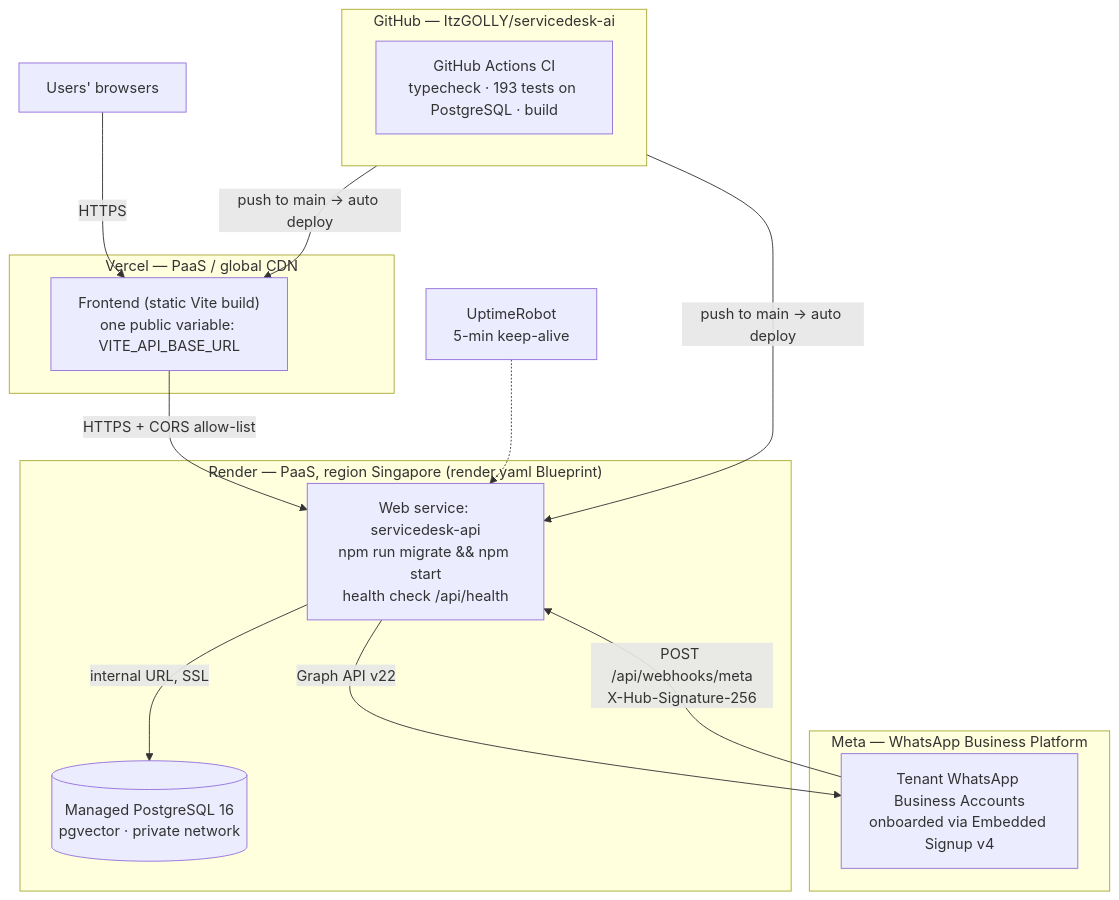
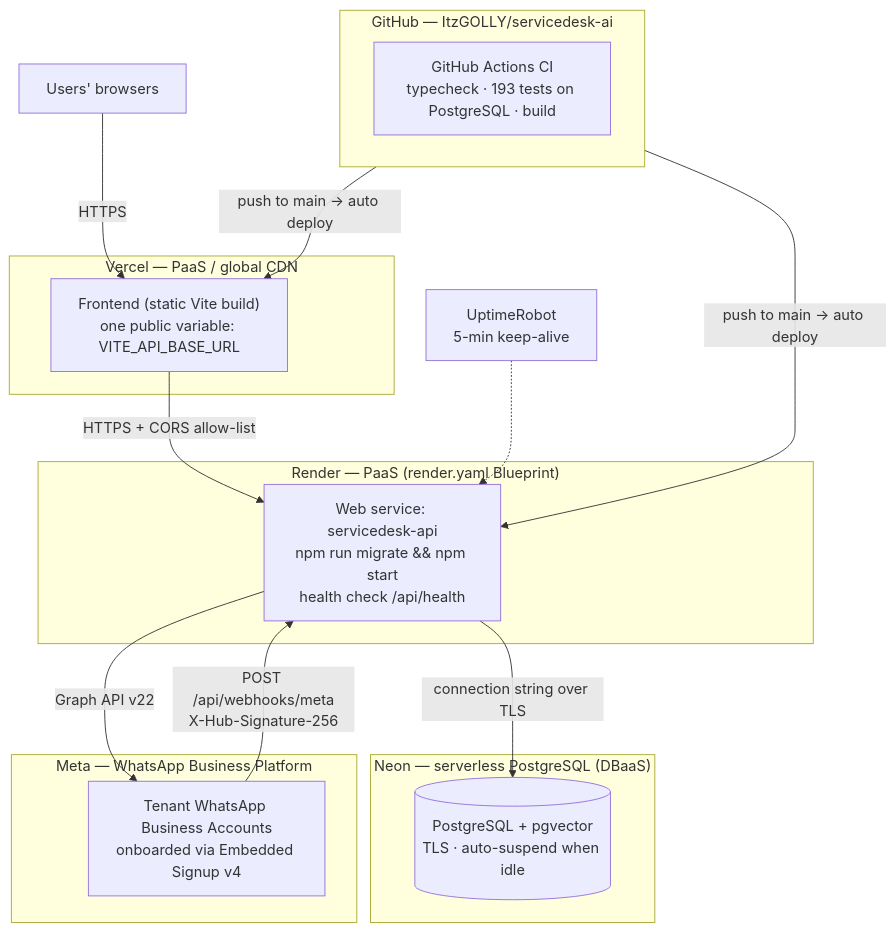
The diagram in docs/diagrams/cloud.mmd (ItzGOLLY/servicedesk-ai), drawn with Mermaid before and after one commit. The commit also changed 12 other files, not shown here.

First line of the commit message:
fix(deploy): move the database off Render's expiring free tier to Neon

```diff
--- a/docs/diagrams/cloud.mmd
+++ b/docs/diagrams/cloud.mmd
@@ -1,23 +1,25 @@
 flowchart TB
   subgraph GH["GitHub — ItzGOLLY/servicedesk-ai"]
     CI["GitHub Actions CI<br/>typecheck · 193 tests on PostgreSQL · build"]
   end
   subgraph V["Vercel — PaaS / global CDN"]
     FE["Frontend (static Vite build)<br/>one public variable: VITE_API_BASE_URL"]
   end
-  subgraph R["Render — PaaS, region Singapore (render.yaml Blueprint)"]
+  subgraph R["Render — PaaS (render.yaml Blueprint)"]
     API["Web service: servicedesk-api<br/>npm run migrate && npm start<br/>health check /api/health"]
-    DB[("Managed PostgreSQL 16<br/>pgvector · private network")]
+  end
+  subgraph N["Neon — serverless PostgreSQL (DBaaS)"]
+    DB[("PostgreSQL + pgvector<br/>TLS · auto-suspend when idle")]
   end
   subgraph M["Meta — WhatsApp Business Platform"]
     WABA["Tenant WhatsApp Business Accounts<br/>onboarded via Embedded Signup v4"]
   end
   UR["UptimeRobot<br/>5-min keep-alive"]
   U["Users' browsers"] -->|HTTPS| FE
   FE -->|"HTTPS + CORS allow-list"| API
-  API -->|"internal URL, SSL"| DB
+  API -->|"connection string over TLS"| DB
   GH -->|"push to main → auto deploy"| FE
   GH -->|"push to main → auto deploy"| API
   WABA -->|"POST /api/webhooks/meta<br/>X-Hub-Signature-256"| API
   API -->|"Graph API v22"| WABA
   UR -.-> API
```
